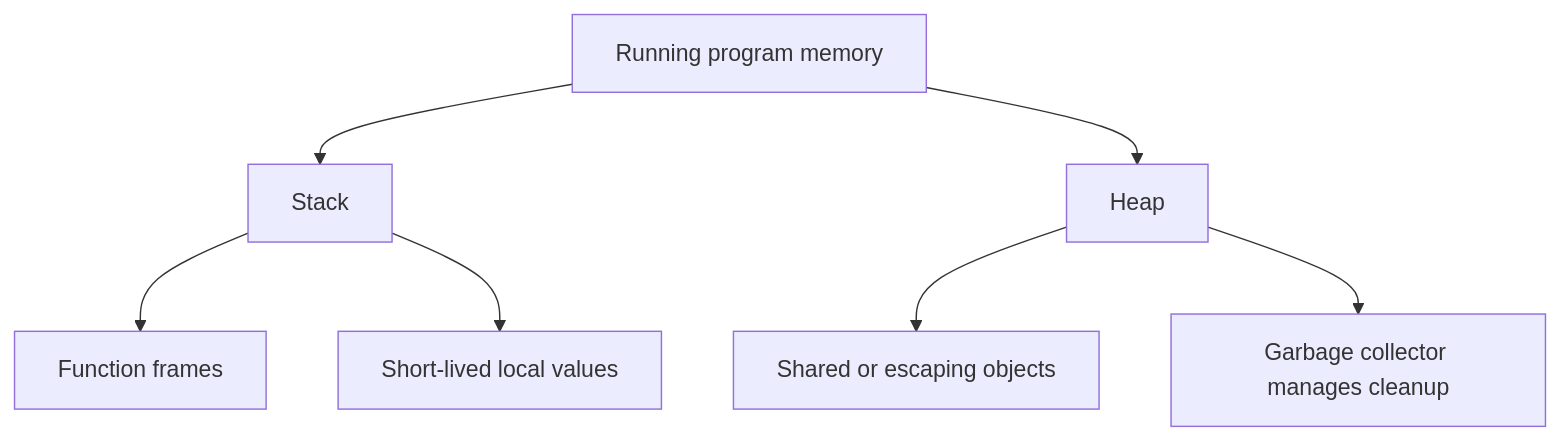
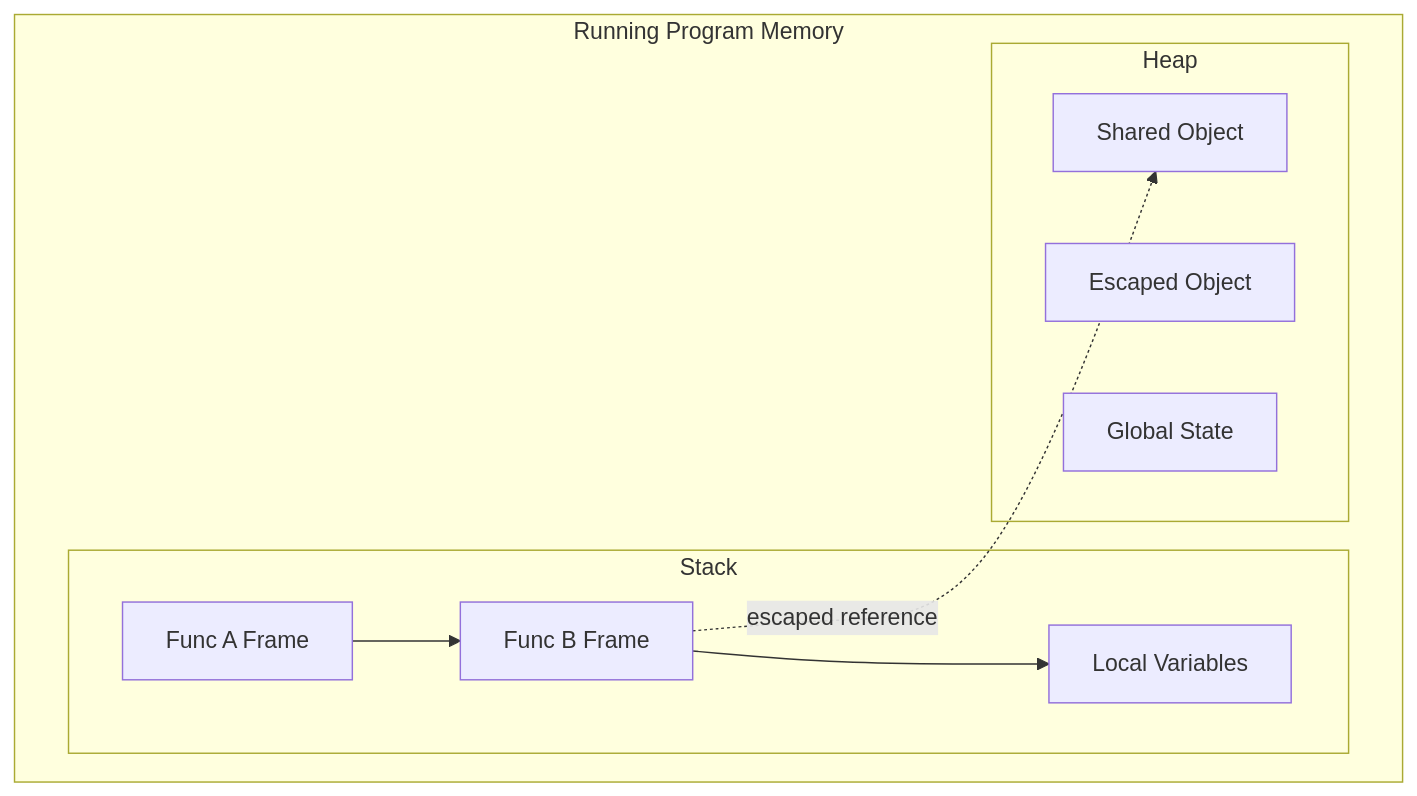
One commit to rasel9t6/the-go-engineer changed the diagram in 00-how-computers-work/3-memory-basics/README.md. Above: the diagram before and after it, drawn with Mermaid. The commit also changed other lines of this file and 9 other files, not shown here.

````diff
--- a/00-how-computers-work/3-memory-basics/README.md
+++ b/00-how-computers-work/3-memory-basics/README.md
@@ -19,9 +25,20 @@
 ```mermaid
 graph TD
-    A["Running program memory"] --> B["Stack"]
-    A --> C["Heap"]
-    B --> D["Function frames"]
-    B --> E["Short-lived local values"]
-    C --> F["Shared or escaping objects"]
-    C --> G["Garbage collector manages cleanup"]
+    subgraph RAM["Running Program Memory"]
+        subgraph Stack
+            S1["Func A Frame"]
+            S2["Func B Frame"]
+            S3["Local Variables"]
+        end
+
+        subgraph Heap
+            H1["Shared Object"]
+            H2["Escaped Object"]
+            H3["Global State"]
+        end
+    end
+
+    S1 --> S2
+    S2 --> S3
+    S2 -. "escaped reference" .-> H1
 ```
````
